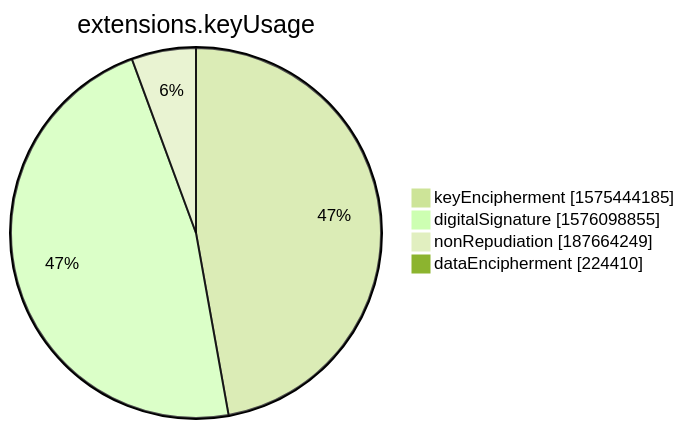
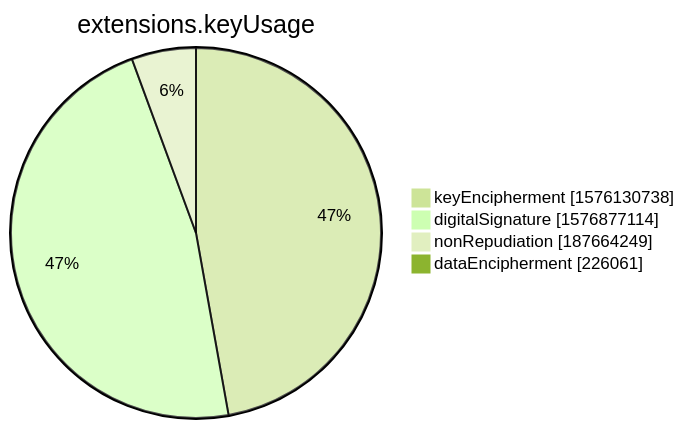
Before and after one commit to christiankrug/ctmonitor_visualization: the seventh of 15 diagrams in xenon2022/README.md, drawn with Mermaid (forest theme). The commit also changed other lines of this file, not shown here.

````diff
--- a/xenon2022/README.md
+++ b/xenon2022/README.md
@@ -2853,8 +2853,8 @@
 ```mermaid
 pie showData
 title extensions.keyUsage
-"keyEncipherment" :1575444185
-"digitalSignature" :1576098855
+"keyEncipherment" :1576130738
+"digitalSignature" :1576877114
 "nonRepudiation" :187664249
-"dataEncipherment" :224410
+"dataEncipherment" :226061
 ```
````
